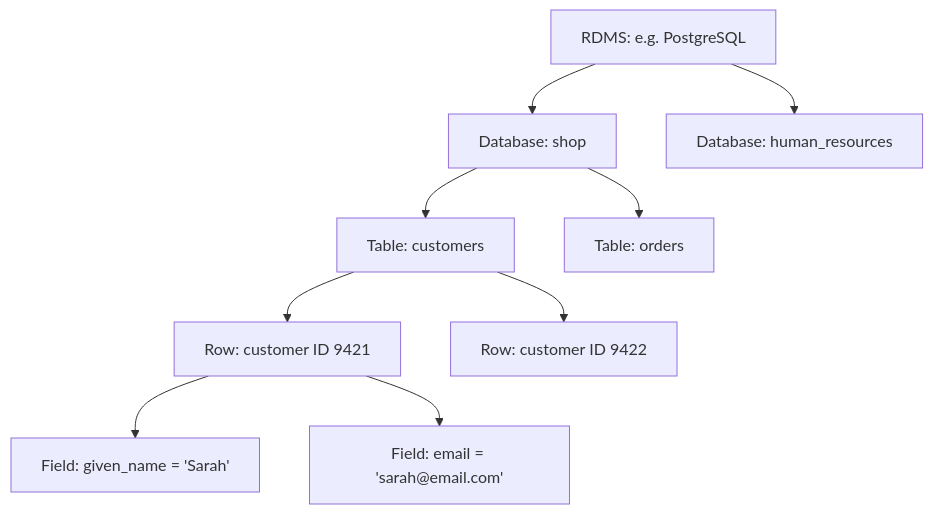
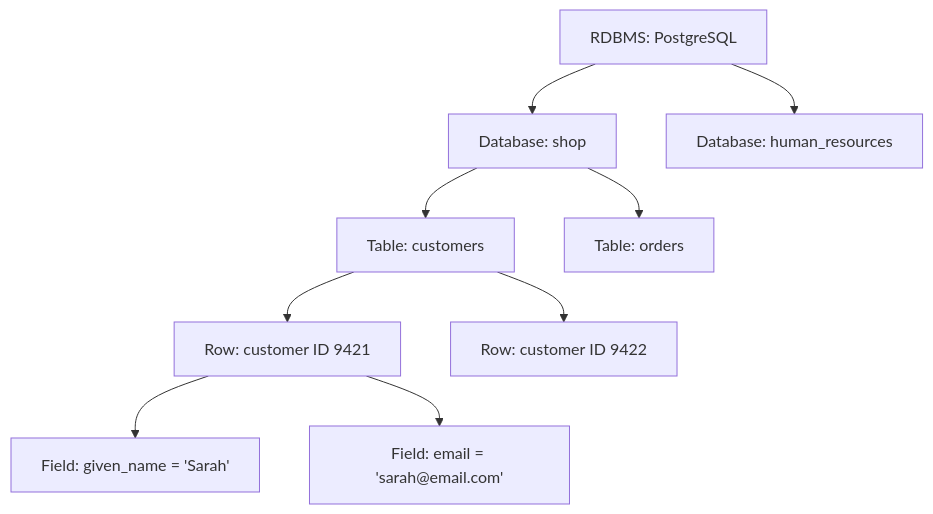
The diagram in module_1_intro_to_the_module_and_sql/1.1_introduction_to_relational_databases/1.1.2_basic_relational_database_concepts.md (mmantle-hud/githubpages), drawn with Mermaid before and after one commit.

Commit message:
Updated concepts

```diff
--- a/module_1_intro_to_the_module_and_sql/1.1_introduction_to_relational_databases/1.1.2_basic_relational_database_concepts.md
+++ b/module_1_intro_to_the_module_and_sql/1.1_introduction_to_relational_databases/1.1.2_basic_relational_database_concepts.md
@@ -55,32 +55,32 @@
 <pre class="mermaid">
 graph TD
     accTitle: Hierarchical diagram showing the relationship between the parts of a RDBMS.
     accDescr: Hierarchical diagram showing the relationship between an RDBMS, databases, tables, rows and fields.
     %% Define the Hierarchy
-    RDBMS[RDMS: e.g. PostgreSQL]
+    RDBMS[RDBMS: PostgreSQL]
     
     DB1[Database: shop]
     DB2[Database: human_resources]
     
     T1[Table: customers]
     T2[Table: orders]
     
     R1[Row: customer ID 9421]
     R2[Row: customer ID 9422]
     
     F1[Field: given_name = 'Sarah']
     F2[Field: email = 'sarah@email.com']
 
     %% Define the Connections
     RDBMS --> DB1
     RDBMS --> DB2
     
     DB1 --> T1
     DB1 --> T2
     
     T1 --> R1
     T1 --> R2
     
     R1 --> F1
     R1 --> F2
 </pre>
```
